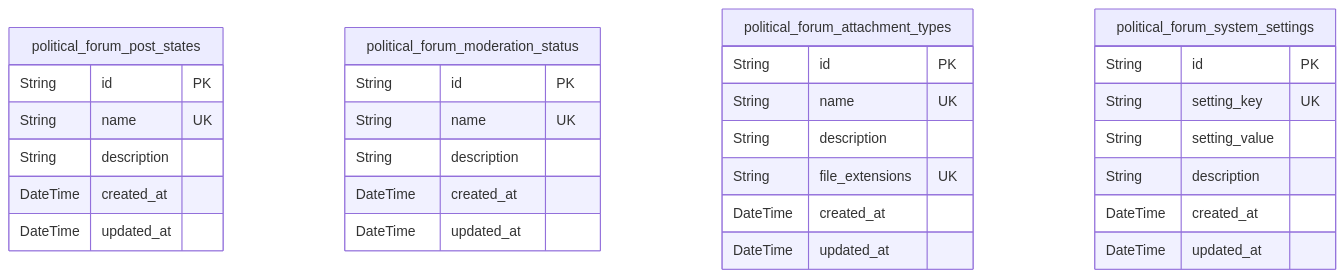
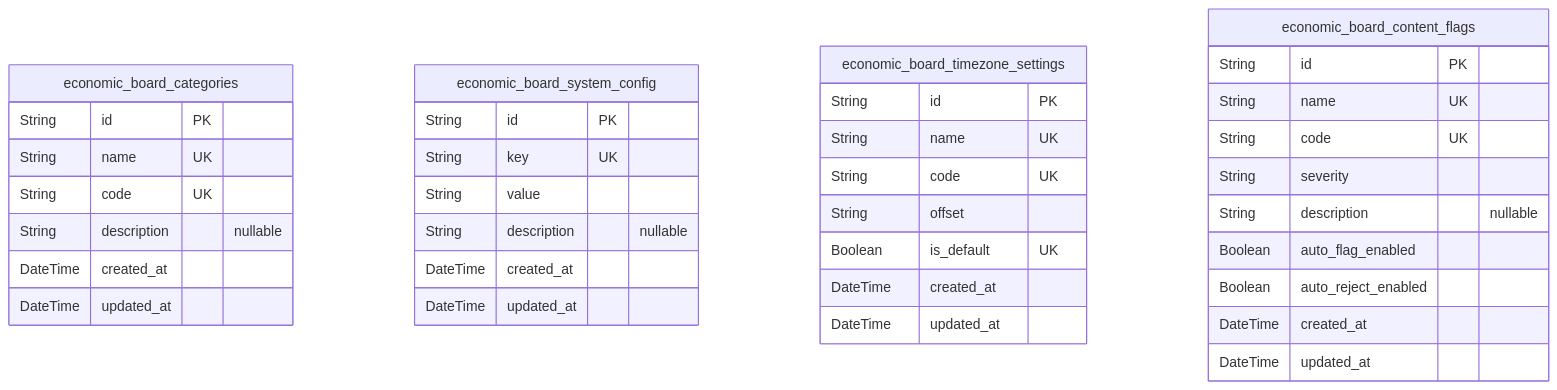
The first of 6 diagrams in qwen/qwen3-next-80b-a3b-instruct/bbs/docs/ERD.md (wrtnlabs/autobe-examples), drawn with Mermaid before and after one commit. The commit also changed other lines of this file and 22498 other files, not shown here.

````diff
--- a/qwen/qwen3-next-80b-a3b-instruct/bbs/docs/ERD.md
+++ b/qwen/qwen3-next-80b-a3b-instruct/bbs/docs/ERD.md
@@ -18,33 +14,39 @@
 ```mermaid
 erDiagram
-"political_forum_post_states" {
+"economic_board_categories" {
   String id PK
   String name UK
-  String description
+  String code UK
+  String description "nullable"
   DateTime created_at
   DateTime updated_at
 }
-"political_forum_moderation_status" {
+"economic_board_system_config" {
   String id PK
-  String name UK
-  String description
+  String key UK
+  String value
+  String description "nullable"
   DateTime created_at
   DateTime updated_at
 }
-"political_forum_attachment_types" {
+"economic_board_timezone_settings" {
   String id PK
   String name UK
-  String description
-  String file_extensions UK
+  String code UK
+  String offset
+  Boolean is_default UK
   DateTime created_at
   DateTime updated_at
 }
-"political_forum_system_settings" {
+"economic_board_content_flags" {
   String id PK
-  String setting_key UK
-  String setting_value
-  String description
+  String name UK
+  String code UK
+  String severity
+  String description "nullable"
+  Boolean auto_flag_enabled
+  Boolean auto_reject_enabled
   DateTime created_at
   DateTime updated_at
 }
 ```
````
